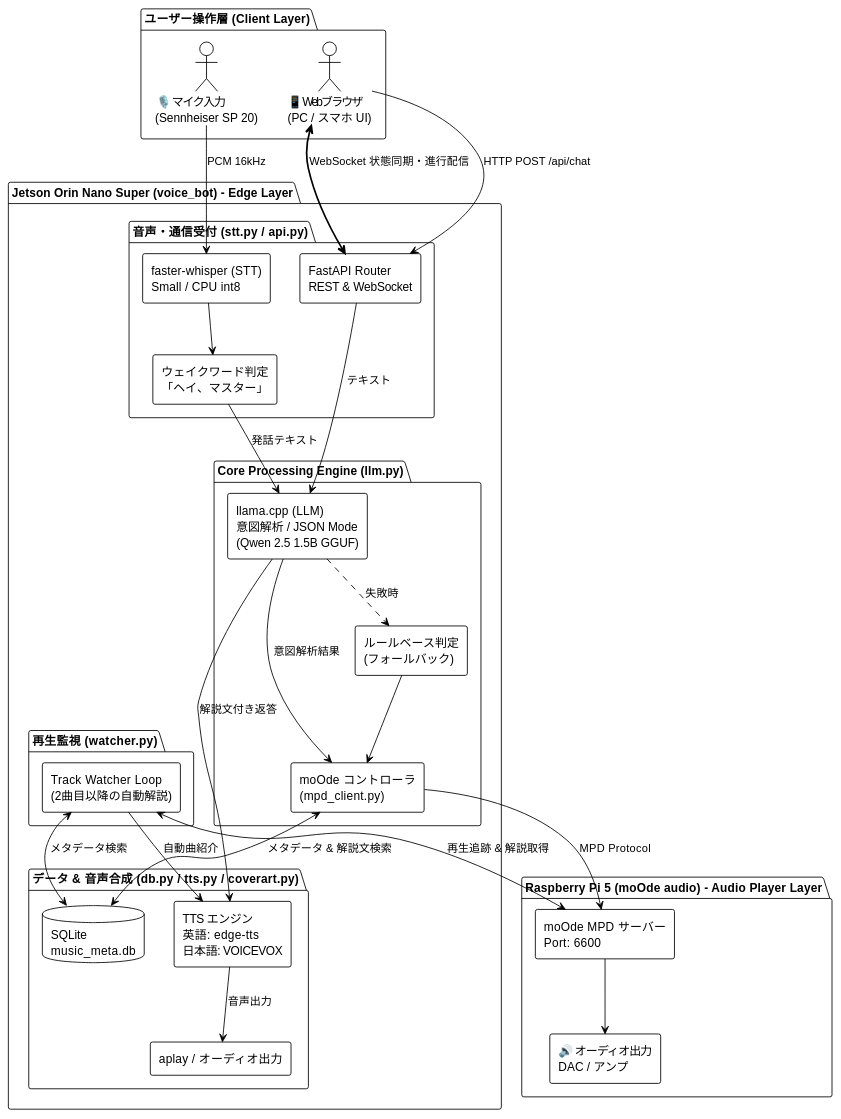
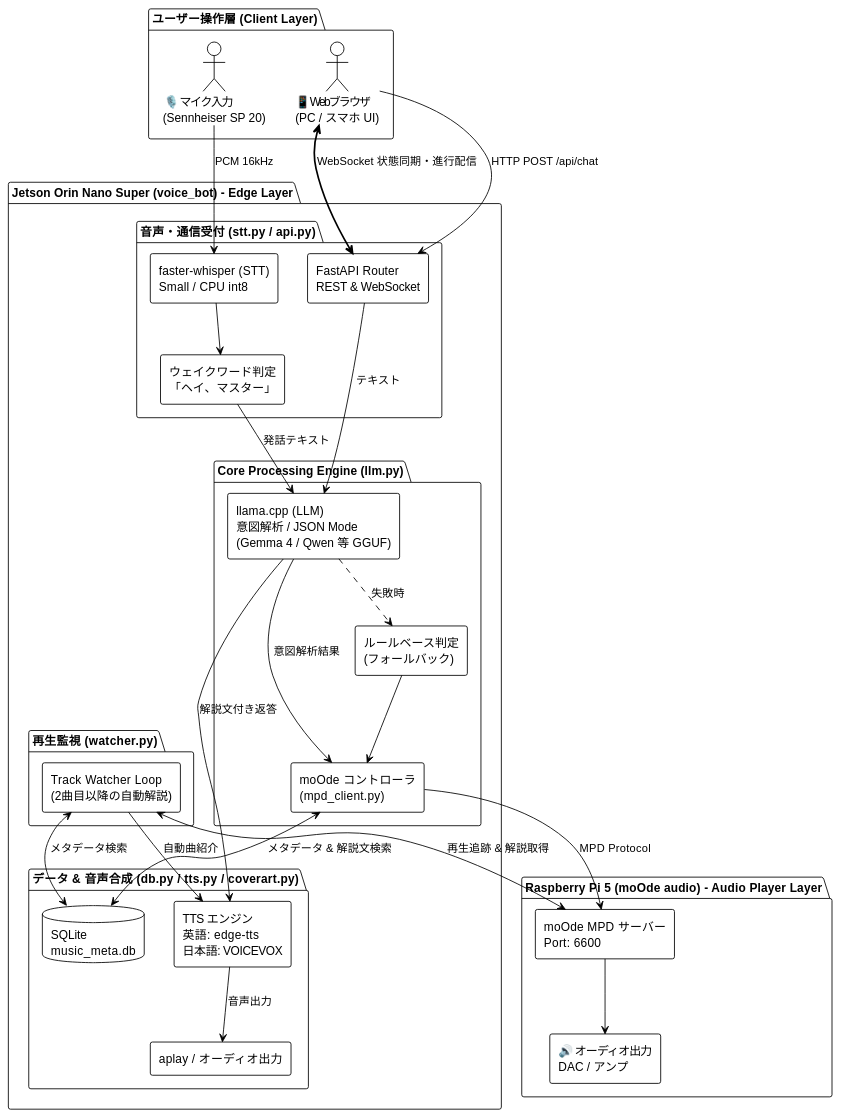
Before and after one commit to RooibosGood/music_db: the first of 2 diagrams in doc/VOICE_BOT_SPEC.md, drawn with PlantUML. The commit also changed 2 other files, not shown here.

Commit message:
feat: AI Music Chat のモデルバッジを静的表記からロード中LLMおよび言語モードに応じた動的表示に改定

````diff
--- a/doc/VOICE_BOT_SPEC.md
+++ b/doc/VOICE_BOT_SPEC.md
@@ -43,67 +43,67 @@
 ```plantuml
 @startuml
 !theme plain
 skinparam componentStyle rectangle
 skinparam shadowing false
 skinparam defaultFontName "sans-serif"
 skinparam packagePadding 12
 skinparam nodePadding 12
 
 package "ユーザー操作層 (Client Layer)" as client_layer {
     actor "🎙️ マイク入力\n(Sennheiser SP 20)" as MIC
     actor "📱 Webブラウザ\n(PC / スマホ UI)" as WEB
 }
 
 package "Jetson Orin Nano Super (voice_bot) - Edge Layer" as edge_layer {
     package "音声・通信受付 (stt.py / api.py)" as input_module {
         component "faster-whisper (STT)\nSmall / CPU int8" as STT
         component "ウェイクワード判定\n「ヘイ、マスター」" as WAKE
         component "FastAPI Router\nREST & WebSocket" as API_ROUTER
     }
 
     package "Core Processing Engine (llm.py)" as core_engine {
-        component "llama.cpp (LLM)\n意図解析 / JSON Mode\n(Qwen 2.5 1.5B GGUF)" as LLM_PARSER
+        component "llama.cpp (LLM)\n意図解析 / JSON Mode\n(Gemma 4 / Qwen 等 GGUF)" as LLM_PARSER
         component "ルールベース判定\n(フォールバック)" as FALLBACK
         component "moOde コントローラ\n(mpd_client.py)" as DISPATCHER
     }
 
     package "再生監視 (watcher.py)" as background_watcher {
         component "Track Watcher Loop\n(2曲目以降の自動解説)" as TRACK_WATCHER
     }
 
     package "データ & 音声合成 (db.py / tts.py / coverart.py)" as data_voice_module {
         database "SQLite\nmusic_meta.db" as DB
         component "TTS エンジン\n英語: edge-tts\n日本語: VOICEVOX" as TTS
         component "aplay / オーディオ出力" as ALSA
     }
 }
 
 package "Raspberry Pi 5 (moOde audio) - Audio Player Layer" as player_layer {
     component "moOde MPD サーバー\nPort: 6600" as MPD
     component "🔊 オーディオ出力\nDAC / アンプ" as AUDIO_OUT
 }
 
 ' フロー接続
 MIC --> STT : PCM 16kHz
 STT --> WAKE
 WAKE --> LLM_PARSER : 発話テキスト
 WEB --> API_ROUTER : HTTP POST /api/chat
 API_ROUTER --> LLM_PARSER : テキスト
 
 LLM_PARSER ..> FALLBACK : 失敗時
 LLM_PARSER --> DISPATCHER : 意図解析結果
 FALLBACK --> DISPATCHER
 
 DISPATCHER --> MPD : MPD Protocol
 MPD --> AUDIO_OUT
 DISPATCHER <--> DB : メタデータ & 解説文検索
 TRACK_WATCHER <--> MPD : 再生追跡 & 解説取得
 TRACK_WATCHER <--> DB : メタデータ検索
 TRACK_WATCHER --> TTS : 自動曲紹介
 
 LLM_PARSER --> TTS : 解説文付き返答
 TTS --> ALSA : 音声出力
 
 API_ROUTER <==> WEB : WebSocket 状態同期・進行配信
 @enduml
 ```
````
